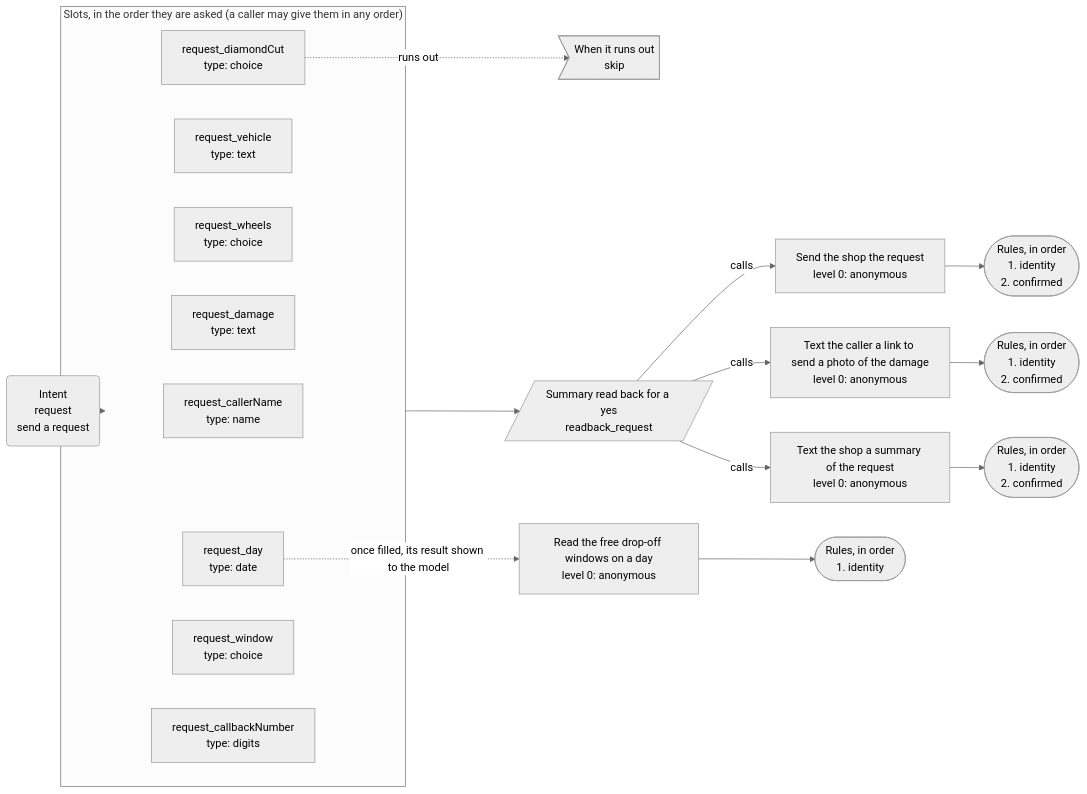
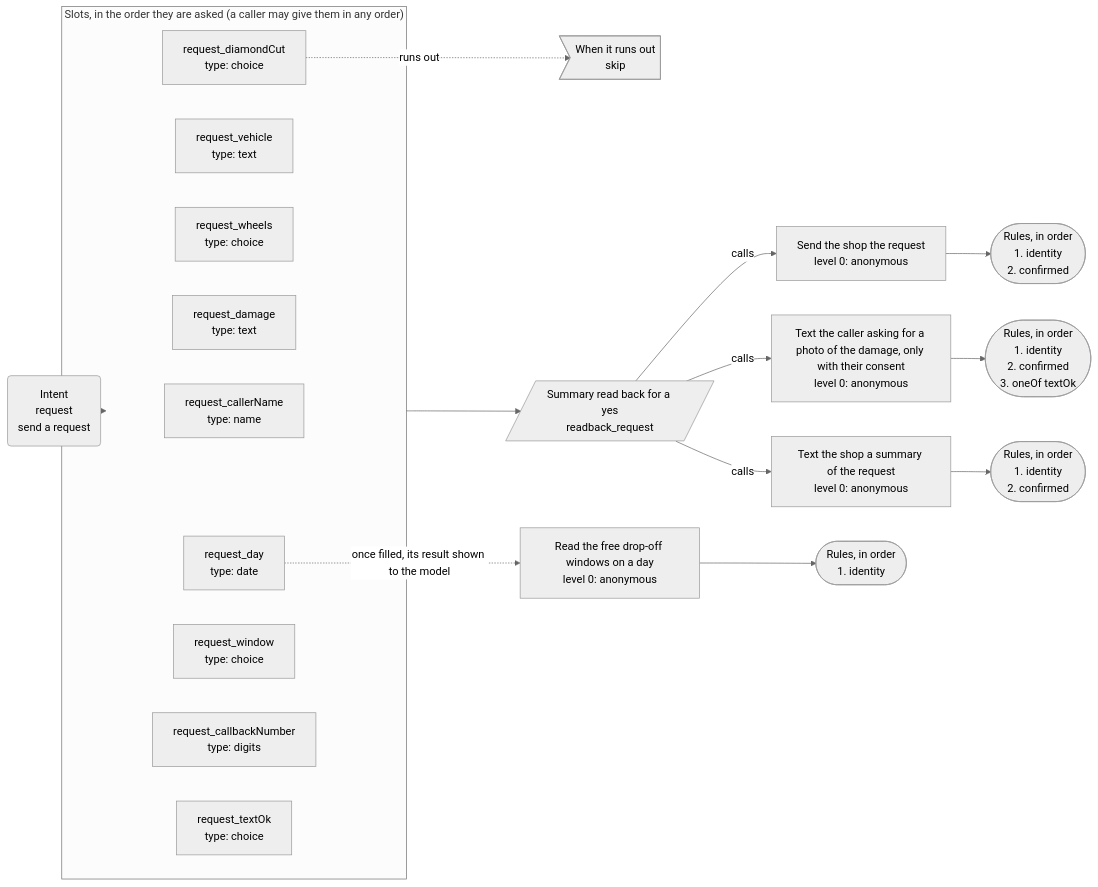
The second of 4 diagrams in apps/wheelshop/APP-MAP.md (DialogWright/dialogwright), drawn with Mermaid (neutral theme) before and after one commit. The commit also changed other lines of this file and 19 other files, not shown here.

````diff
--- a/apps/wheelshop/APP-MAP.md
+++ b/apps/wheelshop/APP-MAP.md
@@ -30,35 +30,36 @@
 ```mermaid
 flowchart LR
   intent("Intent<br/>request<br/>send a request")
   subgraph slots["Slots, in the order they are asked (a caller may give them in any order)"]
     s_request_callerName["request_callerName<br/>type: name"]
     s_request_vehicle["request_vehicle<br/>type: text"]
     s_request_wheels["request_wheels<br/>type: choice"]
     s_request_damage["request_damage<br/>type: text"]
     s_request_diamondCut["request_diamondCut<br/>type: choice"]
     s_request_day["request_day<br/>type: date"]
     s_request_window["request_window<br/>type: choice"]
     s_request_callbackNumber["request_callbackNumber<br/>type: digits"]
+    s_request_textOk["request_textOk<br/>type: choice"]
   end
   x_request_diamondCut>"When it runs out<br/>skip"]
   s_request_diamondCut -.->|"runs out"| x_request_diamondCut
   intent --> slots
   summary[/"Summary read back for a yes<br/>readback_request"/]
   slots --> summary
   a_request["Send the shop the request<br/>level 0: anonymous"]
   summary -->|"calls"| a_request
   r_request(["Rules, in order<br/>1. identity<br/>2. confirmed"])
   a_request --> r_request
-  a_send_photo_link["Text the caller a link to send a photo of the damage<br/>level 0: anonymous"]
+  a_send_photo_link["Text the caller asking for a photo of the damage, only with their consent<br/>level 0: anonymous"]
   summary -->|"calls"| a_send_photo_link
-  r_send_photo_link(["Rules, in order<br/>1. identity<br/>2. confirmed"])
+  r_send_photo_link(["Rules, in order<br/>1. identity<br/>2. confirmed<br/>3. oneOf textOk"])
   a_send_photo_link --> r_send_photo_link
   a_notify_owner_request["Text the shop a summary of the request<br/>level 0: anonymous"]
   summary -->|"calls"| a_notify_owner_request
   r_notify_owner_request(["Rules, in order<br/>1. identity<br/>2. confirmed"])
   a_notify_owner_request --> r_notify_owner_request
   a_availability["Read the free drop-off windows on a day<br/>level 0: anonymous"]
   s_request_day -.->|"once filled, its result shown to the model"| a_availability
   r_availability(["Rules, in order<br/>1. identity"])
   a_availability --> r_availability
 ```
````
